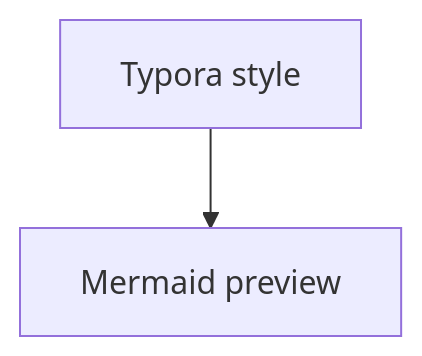
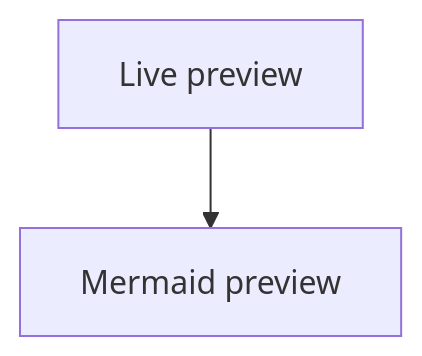
One commit to Pippinrao/LumaMark changed the second of 27 diagrams in tests/fixtures/markdown/mermaid-gallery.md. Above: the diagram before and after it, drawn with Mermaid. The commit also changed 391 other files, not shown here.

````diff
--- a/tests/fixtures/markdown/mermaid-gallery.md
+++ b/tests/fixtures/markdown/mermaid-gallery.md
@@ -9,4 +9,4 @@
 ```mermaid
 graph TD
-  A[Typora style] --> B[Mermaid preview]
+  A[Live preview] --> B[Mermaid preview]
 ```
````
